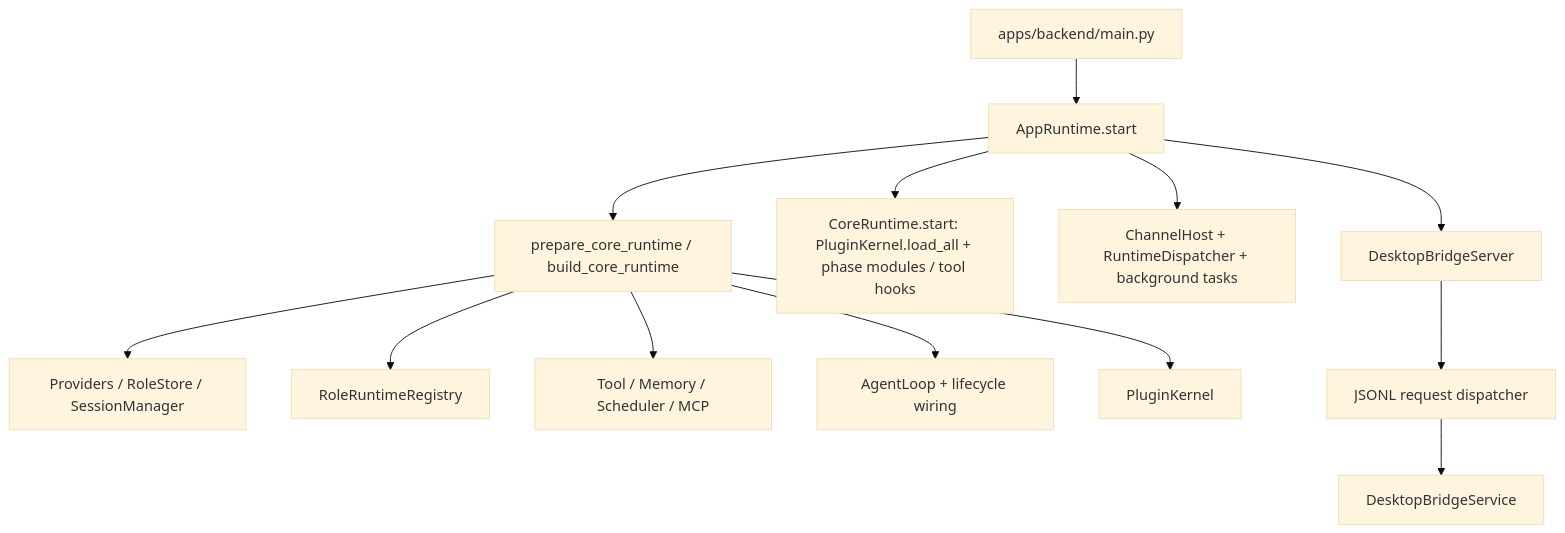
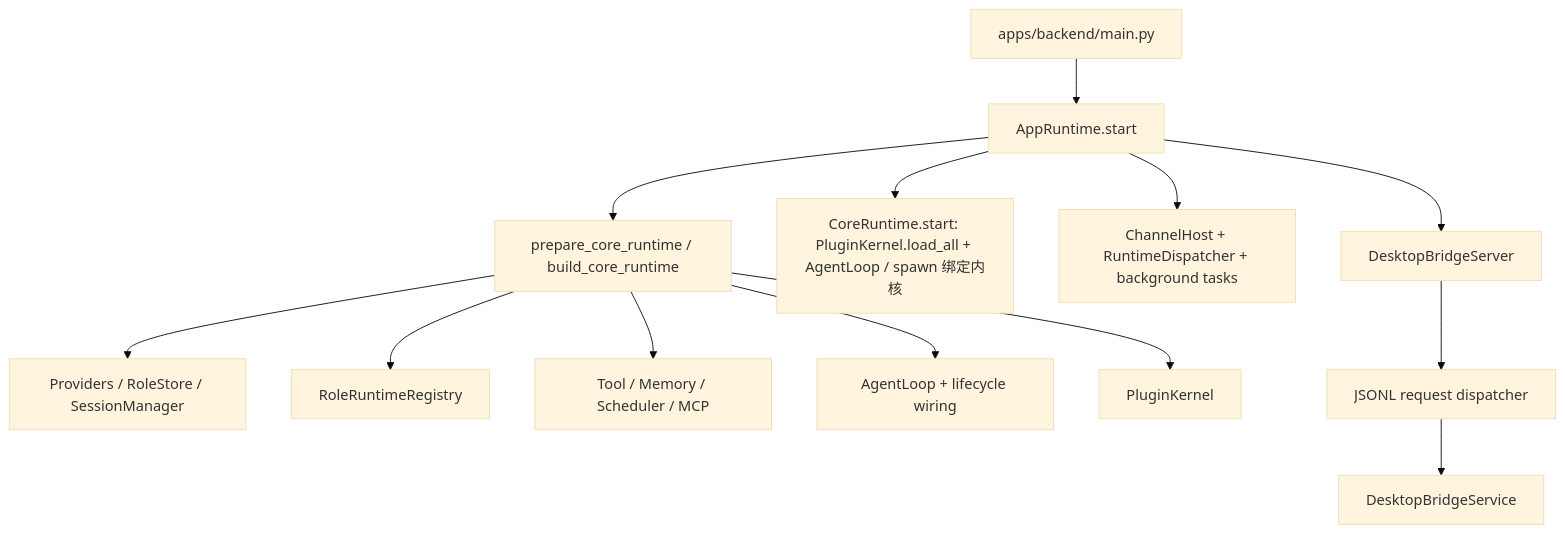
Before and after one commit to YinFengWindy/Shiori-Agent: the first of 3 diagrams in docs/knowledge/architecture/current-backend.md, drawn with Mermaid (base theme). The commit also changed other lines of this file and 35 other files, not shown here.

````diff
--- a/docs/knowledge/architecture/current-backend.md
+++ b/docs/knowledge/architecture/current-backend.md
@@ -37,15 +37,15 @@
 ```mermaid
 flowchart TD
   A[apps/backend/main.py] --> B[AppRuntime.start]
   B --> C[prepare_core_runtime / build_core_runtime]
   C --> D[Providers / RoleStore / SessionManager]
   C --> E[RoleRuntimeRegistry]
   C --> F[Tool / Memory / Scheduler / MCP]
   C --> G[AgentLoop + lifecycle wiring]
   C --> H[PluginKernel]
-  B --> P[CoreRuntime.start: PluginKernel.load_all + phase modules / tool hooks]
+  B --> P[CoreRuntime.start: PluginKernel.load_all + AgentLoop / spawn 绑定内核]
   B --> I[ChannelHost + RuntimeDispatcher + background tasks]
   B --> J[DesktopBridgeServer]
   J --> K[JSONL request dispatcher]
   K --> L[DesktopBridgeService]
 ```
````
